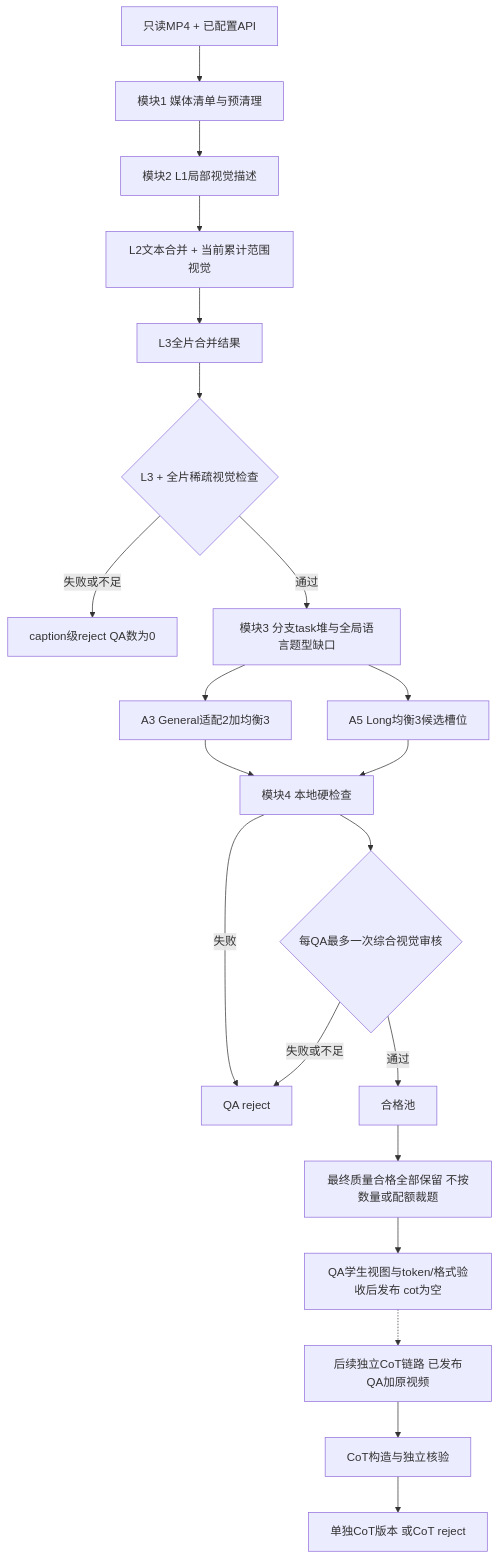
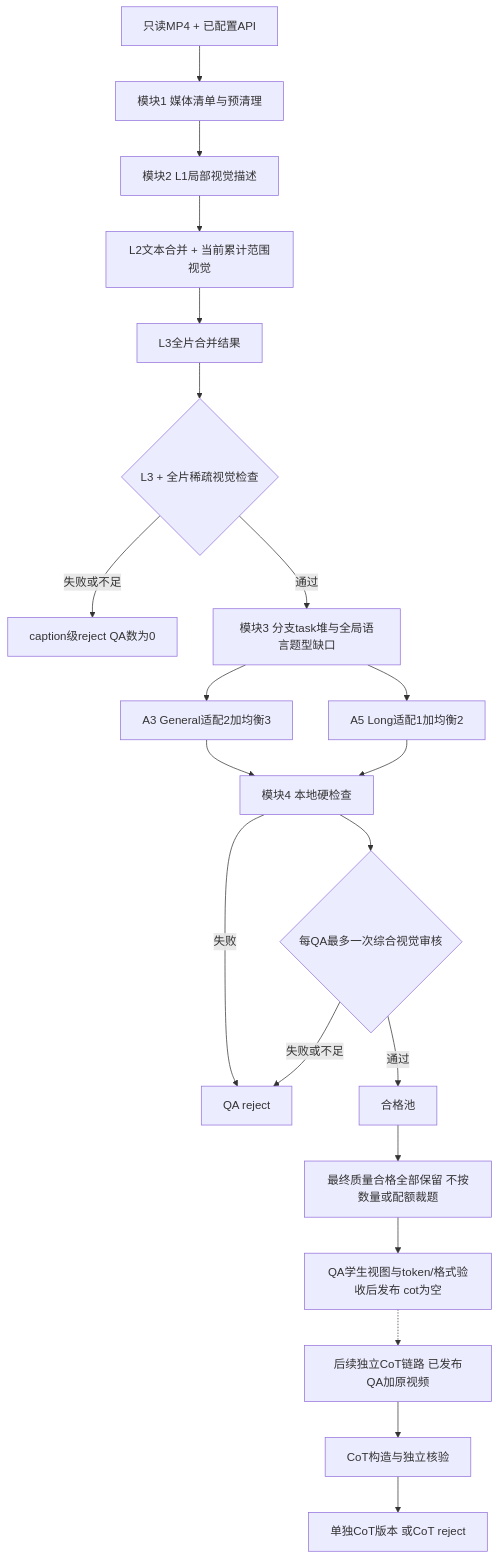
Before and after one commit to Tiachi/video-sft-builder: the diagram in docs/video_sft_four_module_project_outline_2026-10-20.md, drawn with Mermaid. The commit also changed other lines of this file and 15 other files, not shown here.

````diff
--- a/docs/video_sft_four_module_project_outline_2026-10-20.md
+++ b/docs/video_sft_four_module_project_outline_2026-10-20.md
@@ -45,23 +45,23 @@
 ```mermaid
 flowchart TD
   I[只读MP4 + 已配置API] --> M1[模块1 媒体清单与预清理]
   M1 --> L1[模块2 L1局部视觉描述]
   L1 --> L2[L2文本合并 + 当前累计范围视觉]
   L2 --> L3[L3全片合并结果]
   L3 --> CG{L3 + 全片稀疏视觉检查}
   CG -->|失败或不足| CR[caption级reject QA数为0]
   CG -->|通过| ROUTE[模块3 分支task堆与全局语言题型缺口]
   ROUTE --> G[A3 General适配2加均衡3]
-  ROUTE --> L[A5 Long均衡3候选槽位]
+  ROUTE --> L[A5 Long适配1加均衡2]
   G --> LOCAL[模块4 本地硬检查]
   L --> LOCAL
   LOCAL --> A7{每QA最多一次综合视觉审核}
   LOCAL -->|失败| QR[QA reject]
   A7 -->|失败或不足| QR
   A7 -->|通过| POOL[合格池]
   POOL --> ALL[最终质量合格全部保留 不按数量或配额裁题]
   ALL --> REL[QA学生视图与token/格式验收后发布 cot为空]
   REL -.-> CI[后续独立CoT链路 已发布QA加原视频]
   CI --> CV[CoT构造与独立核验]
   CV --> CO[单独CoT版本 或CoT reject]
 ```
````
